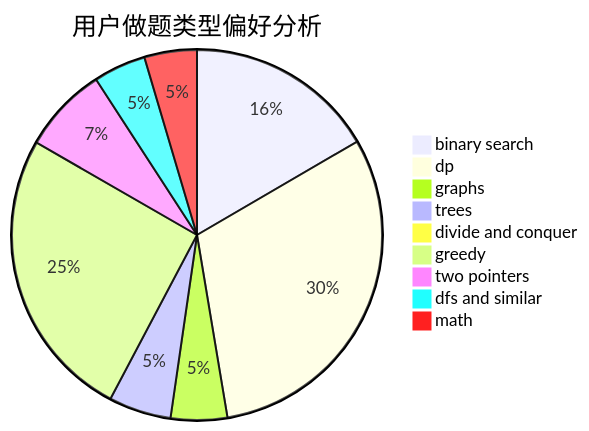
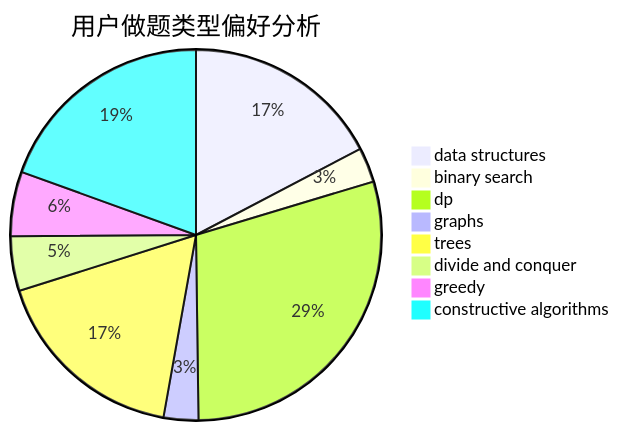
One commit to sherpahu/cfrs.github.io changed the second of 3 diagrams in docs/user/u2260.md. Above: the diagram before and after it, drawn with Mermaid. The commit also changed other lines of this file and 2775 other files, not shown here.

````diff
--- a/docs/user/u2260.md
+++ b/docs/user/u2260.md
@@ -23,12 +23,11 @@
 ```mermaid
 pie title 用户做题类型偏好分析
-    "binary search" :  192
-    "dp" :  356
-    "graphs" :  57
-    "trees" :  63
+    "data structures" :  40
+    "binary search" :  7
+    "dp" :  68
+    "graphs" :  7
+    "trees" :  40
     "divide and conquer" :  11
-    "greedy" :  296
-    "two pointers" :  87
-    "dfs and similar" :  53
-    "math" :  53
+    "greedy" :  13
+    "constructive algorithms" :  45
 ```
````
